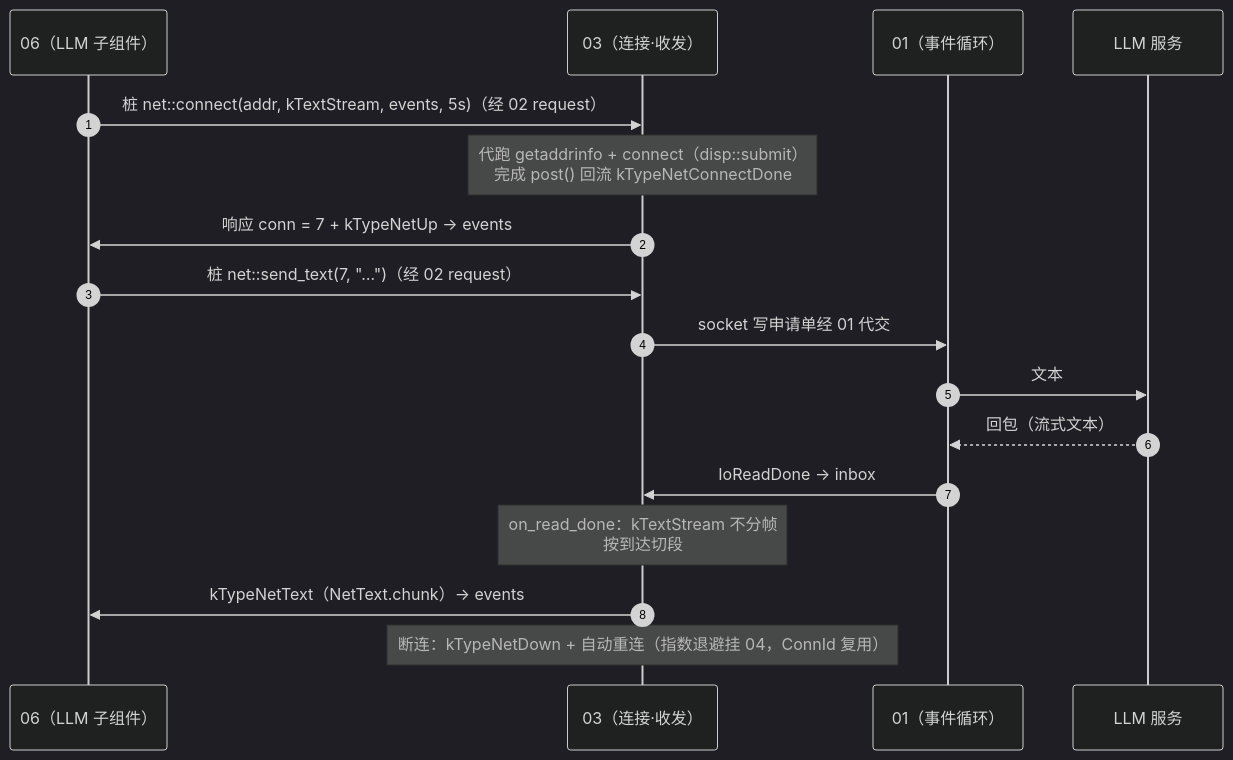
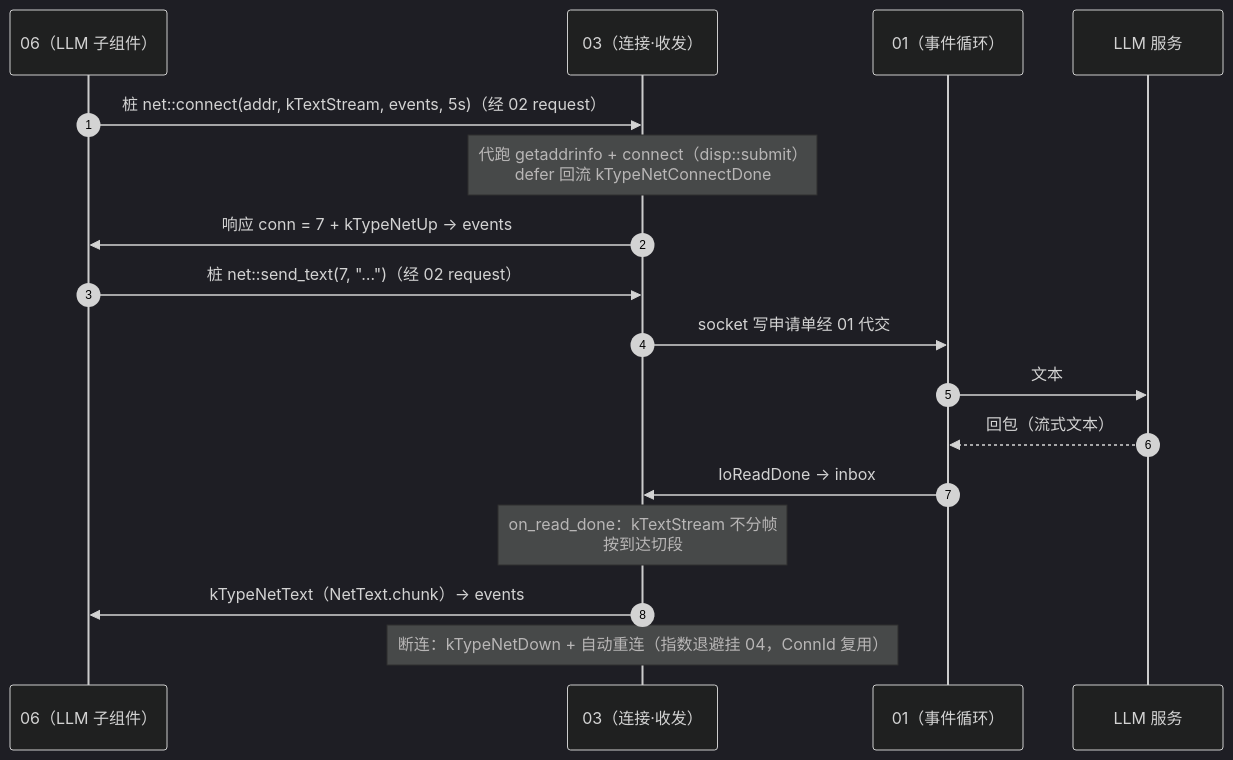
Before and after one commit to hihfe/smartdoll: the second of 2 diagrams in doc/modules/03-network.md, drawn with Mermaid (dark theme). The commit also changed other lines of this file and 7 other files, not shown here.

````diff
--- a/doc/modules/03-network.md
+++ b/doc/modules/03-network.md
@@ -255,20 +255,20 @@
 ```mermaid
 sequenceDiagram
     autonumber
     participant C as 06（LLM 子组件）
     participant NET as 03（连接·收发）
     participant L01 as 01（事件循环）
     participant T as LLM 服务
 
     C->>NET: 桩 net::connect(addr, kTextStream, events, 5s)（经 02 request）
-    Note over NET: 代跑 getaddrinfo + connect（disp::submit）<br/>完成 post() 回流 kTypeNetConnectDone
+    Note over NET: 代跑 getaddrinfo + connect（disp::submit）<br/>defer 回流 kTypeNetConnectDone
     NET->>C: 响应 conn = 7 + kTypeNetUp → events
     C->>NET: 桩 net::send_text(7, "…")（经 02 request）
     NET->>L01: socket 写申请单经 01 代交
     L01->>T: 文本
     T-->>L01: 回包（流式文本）
     L01->>NET: IoReadDone → inbox
     Note over NET: on_read_done：kTextStream 不分帧<br/>按到达切段
     NET->>C: kTypeNetText（NetText.chunk）→ events
     Note over NET: 断连：kTypeNetDown + 自动重连（指数退避挂 04，ConnId 复用）
 ```
````
